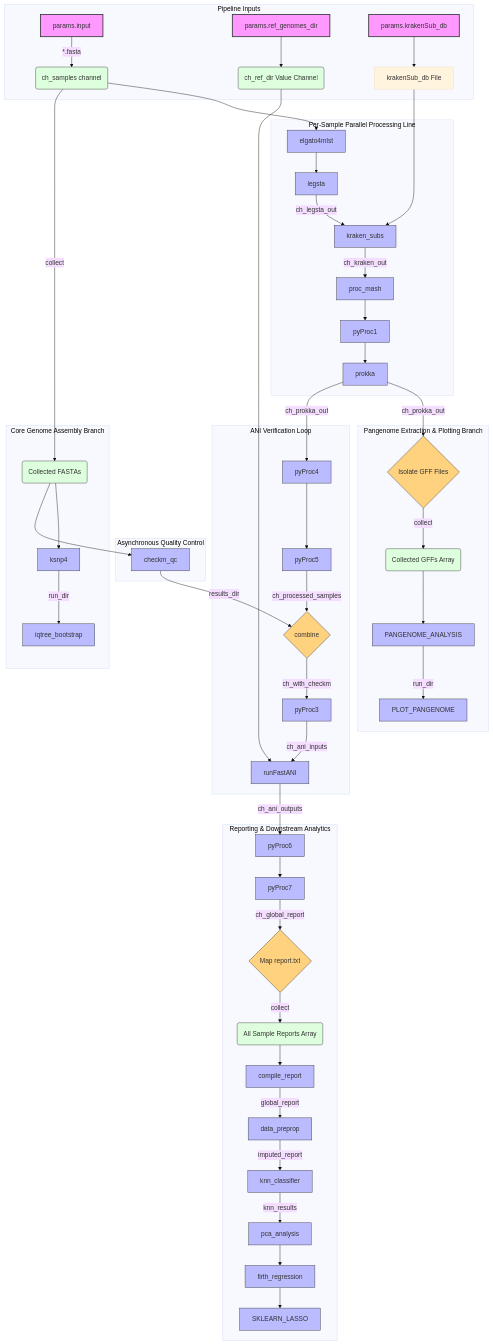
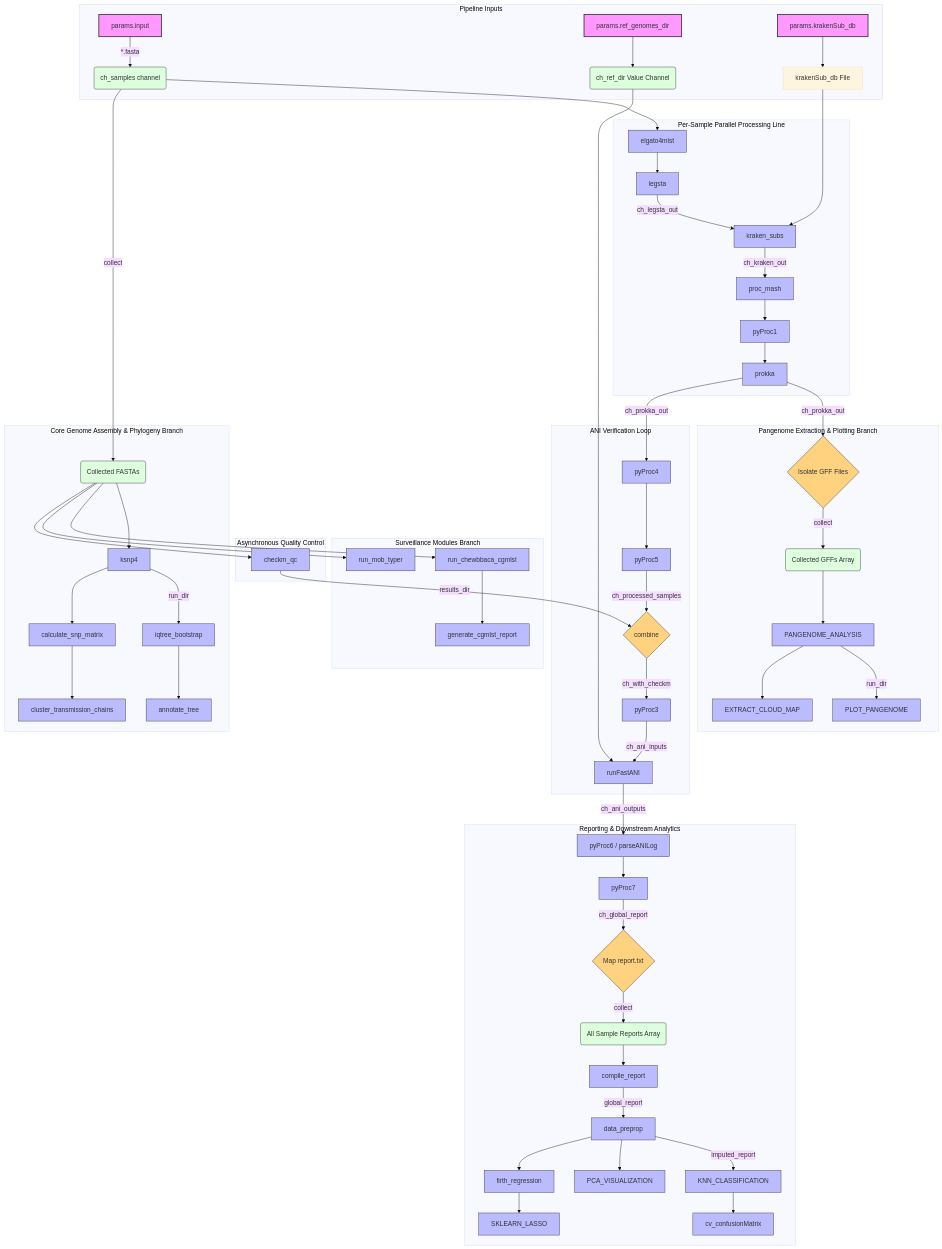
Before and after one commit to BPHL-Molecular/clearwater: the diagram in README.md, drawn with Mermaid (base theme).

Commit message:
readme updates

````diff
--- a/README.md
+++ b/README.md
@@ -52,17 +52,27 @@
         elgato4mlst --> legsta[legsta]
         legsta -->|ch_legsta_out| kraken_subs[kraken_subs]
         kraken_db_file --> kraken_subs
-        
+
         kraken_subs -->|ch_kraken_out| proc_mash[proc_mash]
         proc_mash --> pyProc1[pyProc1]
         pyProc1 --> prokka[prokka]
     end
 
     %% Asynchronous Batch / Collection Parallel Pathways
-    subgraph Core_SNP_Phylogeny [Core Genome Assembly Branch]
+    subgraph Core_SNP_Phylogeny [Core Genome Assembly & Phylogeny Branch]
         ch_samples -->|collect| ch_collected_fastas(Collected FASTAs)
         ch_collected_fastas --> ksnp4[ksnp4]
         ksnp4 -->|run_dir| iqtree_bootstrap[iqtree_bootstrap]
+        iqtree_bootstrap --> annotate_tree[annotate_tree]
+        ksnp4 --> calculate_snp_matrix[calculate_snp_matrix]
+        calculate_snp_matrix --> cluster_transmission_chains[cluster_transmission_chains]
+    end
+
+    %% Surveillance Modules (Brand New!)
+    subgraph Surveillance_Modules [Surveillance Modules Branch]
+        ch_collected_fastas --> run_chewbbaca_cgmlst[run_chewbbaca_cgmlst]
+        run_chewbbaca_cgmlst --> generate_cgmlst_report[generate_cgmlst_report]
+        ch_collected_fastas --> run_mob_typer[run_mob_typer]
     end
 
     subgraph Assembly_QC [Asynchronous Quality Control]
@@ -75,17 +85,18 @@
         map_gff -->|collect| ch_collected_gffs(Collected GFFs Array)
         ch_collected_gffs --> PANGENOME_ANALYSIS[PANGENOME_ANALYSIS]
         PANGENOME_ANALYSIS -->|run_dir| PLOT_PANGENOME[PLOT_PANGENOME]
+        PANGENOME_ANALYSIS --> EXTRACT_CLOUD_MAP[EXTRACT_CLOUD_MAP]
     end
 
     %% Linear Chain Post-Prokka
     subgraph Individual_Annotation_and_ANI [ANI Verification Loop]
         prokka -->|ch_prokka_out| pyProc4[pyProc4]
         pyProc4 --> pyProc5[pyProc5]
-        
+
         %% Combined Logic
         pyProc5 -->|ch_processed_samples| combine_checkm{combine}
         checkm_qc -->|results_dir| combine_checkm
-        
+
         combine_checkm -->|ch_with_checkm| pyProc3[pyProc3]
         pyProc3 -->|ch_ani_inputs| runFastANI[runFastANI]
         ch_ref_dir --> runFastANI
@@ -93,25 +104,30 @@
 
     %% Consolidation and Statistical Analytics Node
     subgraph Final_Reporting_Analytics [Reporting & Downstream Analytics]
-        runFastANI -->|ch_ani_outputs| pyProc6[pyProc6]
+        runFastANI -->|ch_ani_outputs| pyProc6[pyProc6 / parseANILog]
         pyProc6 --> pyProc7[pyProc7]
-        
+
         pyProc7 -->|ch_global_report| map_report{Map report.txt}
         map_report -->|collect| all_reports_ch(All Sample Reports Array)
-        
+
         all_reports_ch --> compile_report[compile_report]
         compile_report -->|global_report| data_preprop[data_preprop]
-        data_preprop -->|imputed_report| knn_classifier[knn_classifier]
         
-        %% NEW STEPS ADDED HERE
-        knn_classifier -->|knn_results| pca_analysis[pca_analysis]
-        pca_analysis --> firth_regression[firth_regression]
+        %% Machine Learning Pathway
+        data_preprop -->|imputed_report| KNN_CLASSIFICATION[KNN_CLASSIFICATION]
+        KNN_CLASSIFICATION --> cv_confusionMatrix[cv_confusionMatrix]
+        data_preprop --> PCA_VISUALIZATION[PCA_VISUALIZATION]
+        
+        %% Regression & Regularization Pipeline
+        data_preprop --> firth_regression[firth_regression]
         firth_regression --> SKLEARN_LASSO[SKLEARN_LASSO]
     end
 
     %% Assigning Classes for Visual Identification
     class P1,P2,P3 params;
-    class elgato4mlst,legsta,kraken_subs,proc_mash,pyProc1,prokka,pyProc4,pyProc5,ksnp4,iqtree_bootstrap,checkm_qc,PANGENOME_ANALYSIS,PLOT_PANGENOME,pyProc3,runFastANI,pyProc6,pyProc7,compile_report,data_preprop,knn_classifier,pca_analysis,firth_regression,SKLEARN_LASSO process;
+    class elgato4mlst,legsta,kraken_subs,proc_mash,pyProc1,prokka,pyProc4,pyProc5,ksnp4,iqtree_bootstrap,annotate_tree,calculate_snp_matrix,cluster_transmission_chains,run_chewbbaca_cgmlst,generate_cgmlst_report,run_mob_typer,checkm_qc,PANGENOME_ANALYSIS,PLOT_PANGENOME,EXTRACT_CLOUD_MAP,pyProc3,runFastANI,pyProc6,pyProc7,compile_report,data_preprop,KNN_CLASSIFICATION,cv_confusionMatrix,PCA_VISUALIZATION,firth_regression,SKLEARN_LASSO process;
     class ch_samples,ch_ref_dir,ch_collected_fastas,ch_collected_gffs,all_reports_ch channel;
     class combine_checkm,map_gff,map_report collection;
+
+
 ```
````
